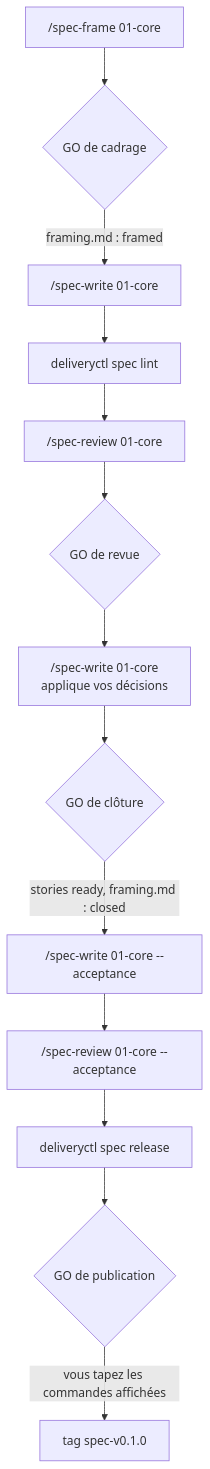
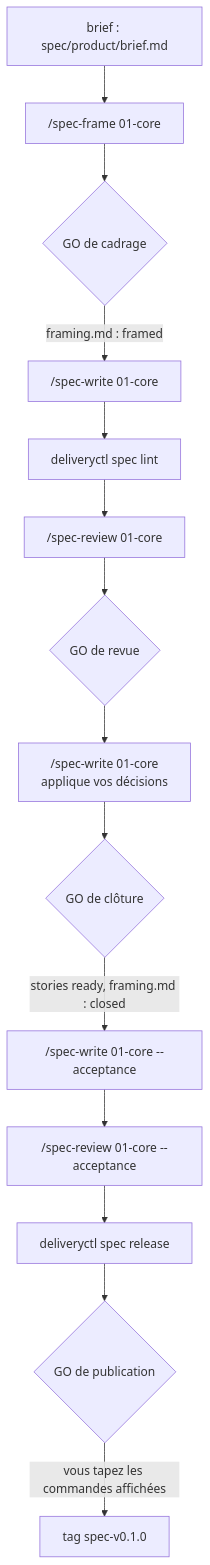
The third of 6 diagrams in docs/guide.md (peugene/delivery-method), drawn with Mermaid before and after one commit. The commit also changed other lines of this file and 9 other files, not shown here.

````diff
--- a/docs/guide.md
+++ b/docs/guide.md
@@ -136,15 +143,16 @@
 ```mermaid
 flowchart TD
-    A["/spec-frame 01-core"] --> B{GO de cadrage}
+    Z["brief : spec/product/brief.md"] --> A["/spec-frame 01-core"]
+    A --> B{GO de cadrage}
     B -- "framing.md : framed" --> C["/spec-write 01-core"]
     C --> L["deliveryctl spec lint"]
     L --> D["/spec-review 01-core"]
     D --> E{GO de revue}
     E --> G["/spec-write 01-core<br/>applique vos décisions"]
     G --> H{GO de clôture}
     H -- "stories ready, framing.md : closed" --> I["/spec-write 01-core --acceptance"]
     I --> J["/spec-review 01-core --acceptance"]
     J --> K["deliveryctl spec release"]
     K --> M{GO de publication}
     M -- "vous tapez les commandes affichées" --> N["tag spec-v0.1.0"]
 ```
````
